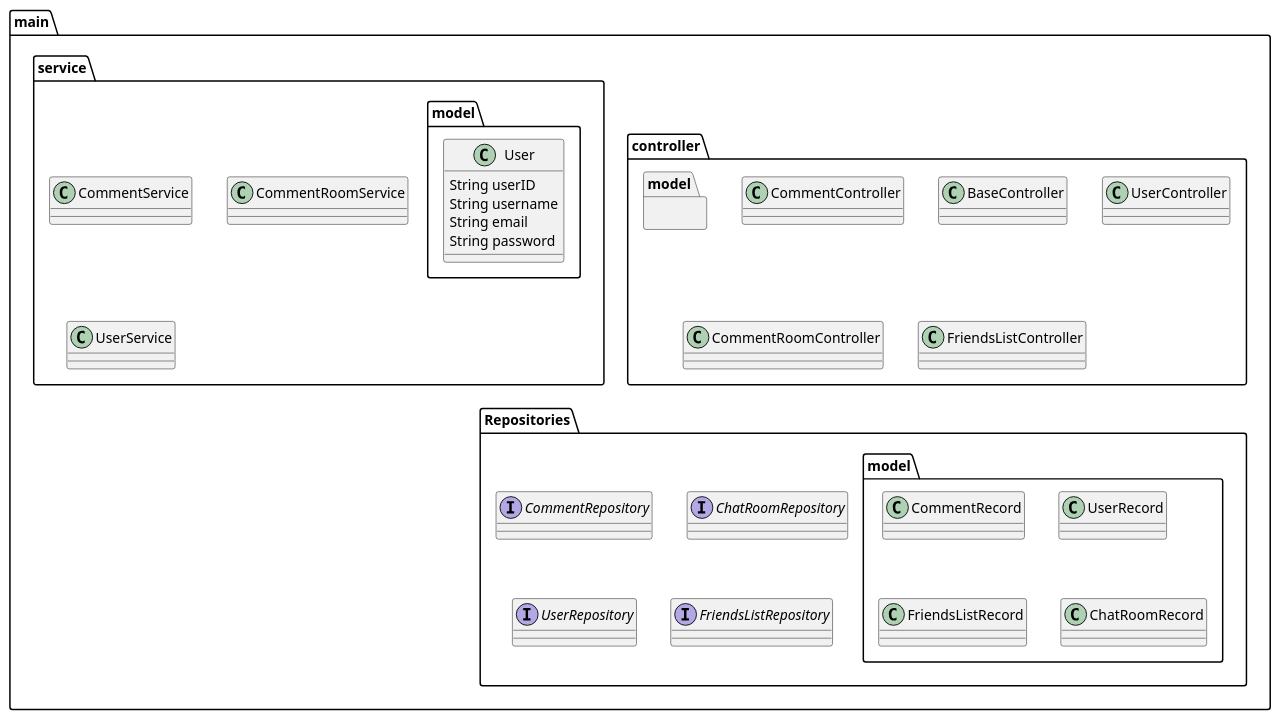
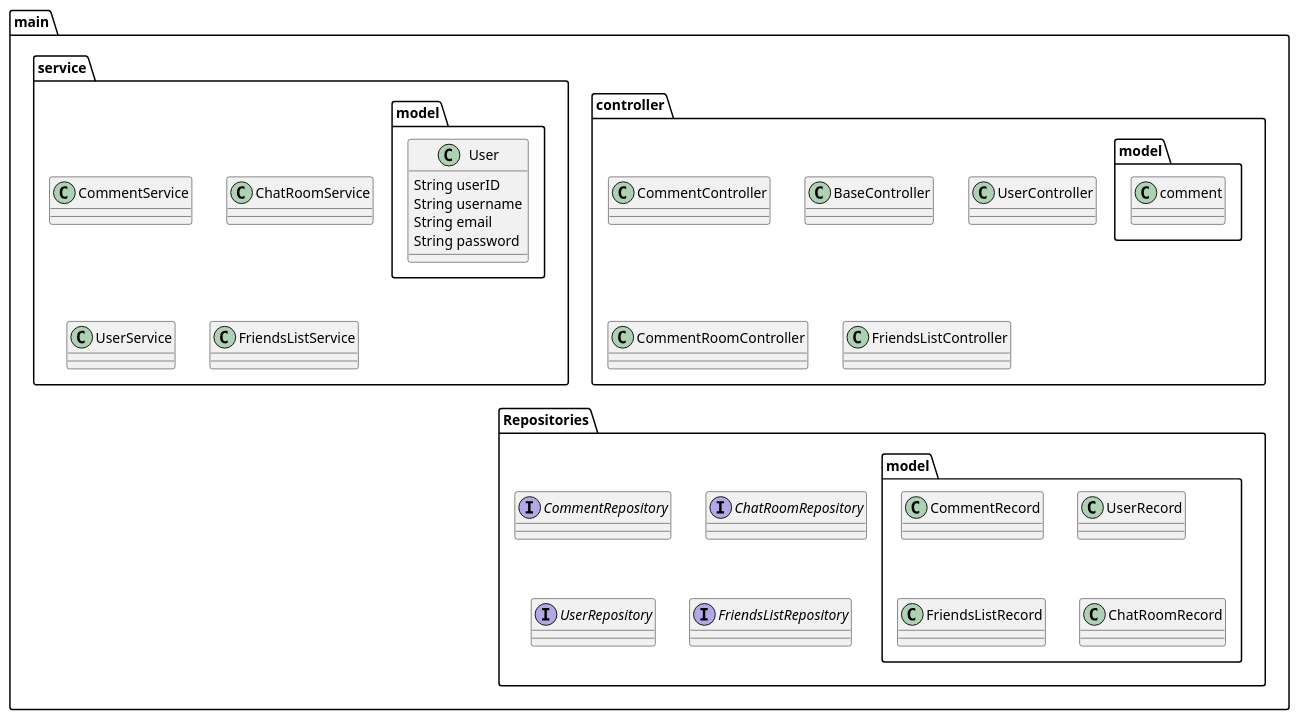
Before and after one commit to adam-knight1/yankeetrek: the diagram in Application/src/main/LikeMindedUML.puml, drawn with PlantUML. The commit also changed 2 other files, not shown here.

Commit message:
updating commentRepo

```diff
--- a/Application/src/main/LikeMindedUML.puml
+++ b/Application/src/main/LikeMindedUML.puml
@@ -1,48 +1,50 @@
 @startuml
 'https://plantuml.com/class-diagram
 
 package main {
 package controller{
 class CommentController
 class BaseController
 class UserController
 class CommentRoomController
 class FriendsListController
 package model {
+class comment
 }
     }
 
 package service {
 
 class CommentService
-class CommentRoomService
+class ChatRoomService
 class UserService
+class FriendsListService
 package model {
 class User {
 String userID
 String username
 String email
 String password
 }
     }
         }
 
 package Repositories {
 
 Interface CommentRepository
 Interface ChatRoomRepository
 Interface UserRepository
 Interface FriendsListRepository
 package model{
 class CommentRecord
 class UserRecord
 class FriendsListRecord
 class ChatRoomRecord
 }
     }
         }
             }
 
 
 
 @enduml
```
